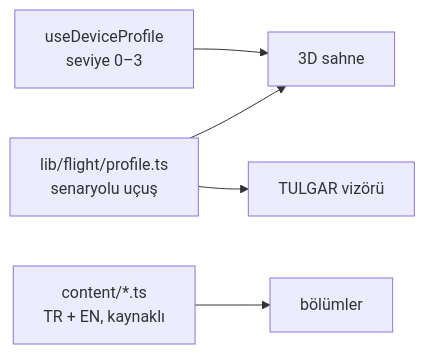
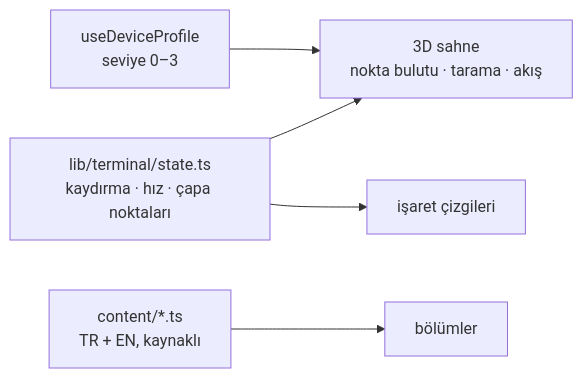
The diagram in README.md (SpaceEngineerSS/kaan-3d-web-experience), drawn with Mermaid before and after one commit. The commit also changed other lines of this file and 89 other files, not shown here.

First line of the commit message:
feat: v4.0.0 flight-test telemetry terminal

````diff
--- a/README.md
+++ b/README.md
@@ -54,6 +43,6 @@
 ```mermaid
 flowchart LR
-    F["lib/flight/profile.ts<br/>senaryolu uçuş"] --> S["3D sahne"] & H["TULGAR vizörü"]
+    T["lib/terminal/state.ts<br/>kaydırma · hız · çapa noktaları"] --> S["3D sahne<br/>nokta bulutu · tarama · akış"] & L["işaret çizgileri"]
     C["content/*.ts<br/>TR + EN, kaynaklı"] --> P["bölümler"]
     D["useDeviceProfile<br/>seviye 0–3"] --> S
 ```
````
